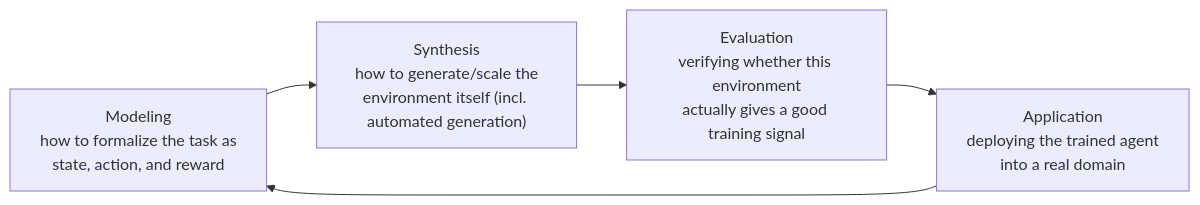
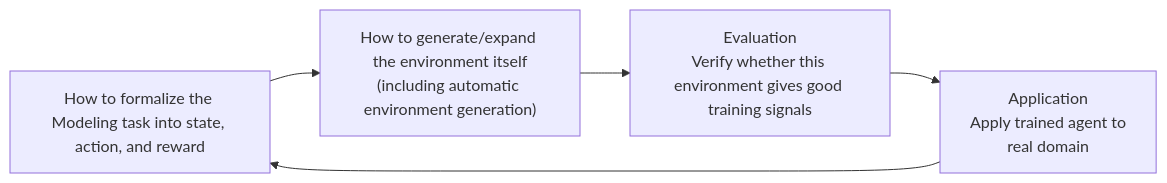
One commit to TaeHunKim/AIEngineeringLLMWiki changed the diagram in wiki/en/AI/Engineering/Loop_Engineering/RL_Environments.md. Above: the diagram before and after it, drawn with Mermaid. The commit also changed other lines of this file and 48 other files, not shown here.

````diff
--- a/wiki/en/AI/Engineering/Loop_Engineering/RL_Environments.md
+++ b/wiki/en/AI/Engineering/Loop_Engineering/RL_Environments.md
@@ -76,7 +76,7 @@
 ```mermaid
 flowchart LR
-    M["Modeling<br/>how to formalize the task as<br/>state, action, and reward"] --> S
-    S["Synthesis<br/>how to generate/scale the<br/>environment itself (incl. automated generation)"] --> E
-    E["Evaluation<br/>verifying whether this environment<br/>actually gives a good training signal"] --> A
-    A["Application<br/>deploying the trained agent<br/>into a real domain"] --> M
+    M["How to formalize the Modeling task into state, action, and reward"] --> S
+    S["How to generate/expand the environment itself<br/>(including automatic environment generation)"] --> E
+    E["Evaluation<br/>Verify whether this environment gives good training signals"] --> A
+    A["Application<br/>Apply trained agent to<br/>real domain"] --> M
 ```
````
